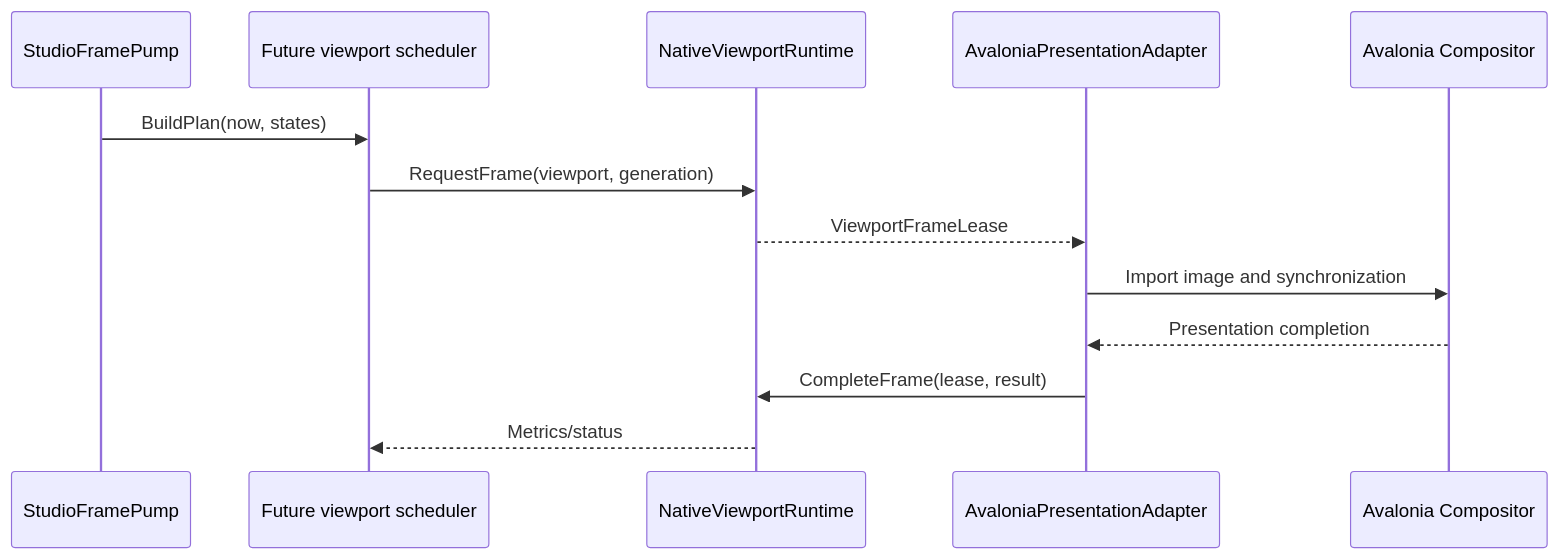
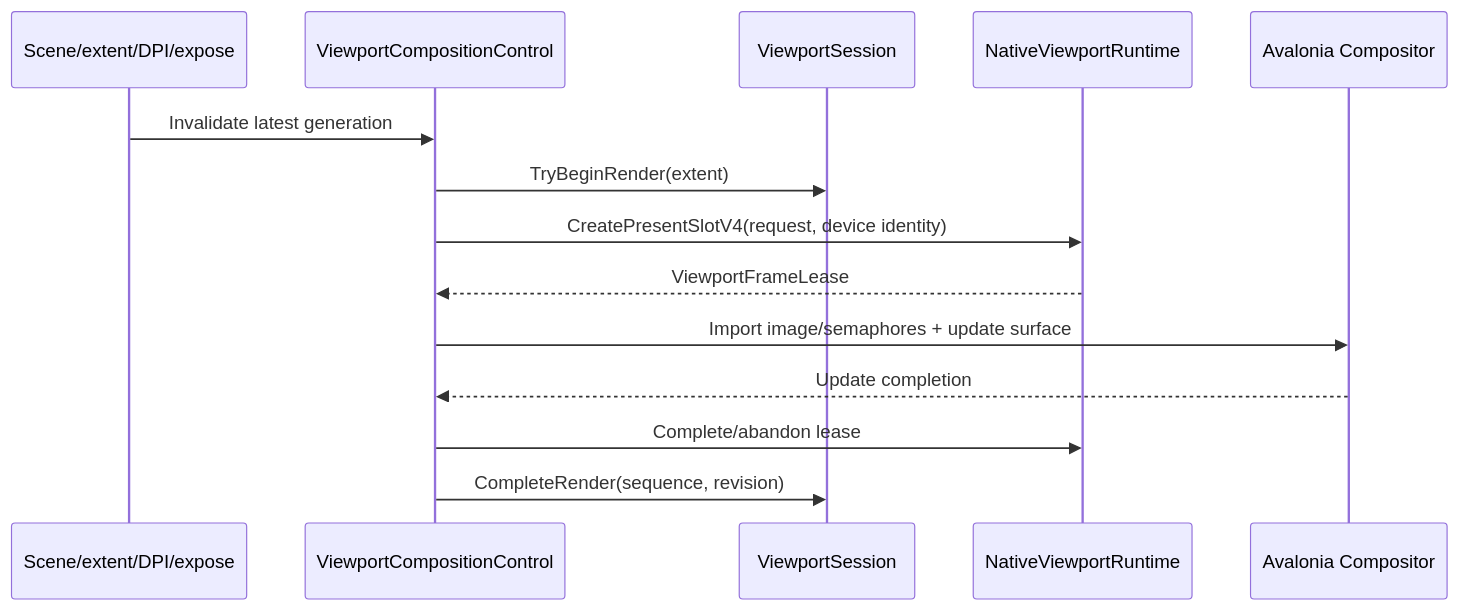
One commit to 66six11/Engine changed the diagram in apps/studio/docs/architecture/viewport-rendering.md. Above: the diagram before and after it, drawn with Mermaid. The commit also changed other lines of this file and 32 other files, not shown here.

Commit message:
feat: present Studio scene view

````diff
--- a/apps/studio/docs/architecture/viewport-rendering.md
+++ b/apps/studio/docs/architecture/viewport-rendering.md
@@ -223,16 +236,17 @@
 ```mermaid
 sequenceDiagram
-    participant Pump as StudioFramePump
-    participant Scheduler as Future viewport scheduler
+    participant Event as Scene/extent/DPI/expose
+    participant Control as ViewportCompositionControl
+    participant Session as ViewportSession
     participant Native as NativeViewportRuntime
-    participant Adapter as AvaloniaPresentationAdapter
     participant Compositor as Avalonia Compositor
 
-    Pump->>Scheduler: BuildPlan(now, states)
-    Scheduler->>Native: RequestFrame(viewport, generation)
-    Native-->>Adapter: ViewportFrameLease
-    Adapter->>Compositor: Import image and synchronization
-    Compositor-->>Adapter: Presentation completion
-    Adapter->>Native: CompleteFrame(lease, result)
-    Native-->>Scheduler: Metrics/status
+    Event->>Control: Invalidate latest generation
+    Control->>Session: TryBeginRender(extent)
+    Control->>Native: CreatePresentSlotV4(request, device identity)
+    Native-->>Control: ViewportFrameLease
+    Control->>Compositor: Import image/semaphores + update surface
+    Compositor-->>Control: Update completion
+    Control->>Native: Complete/abandon lease
+    Control->>Session: CompleteRender(sequence, revision)
 ```
````
